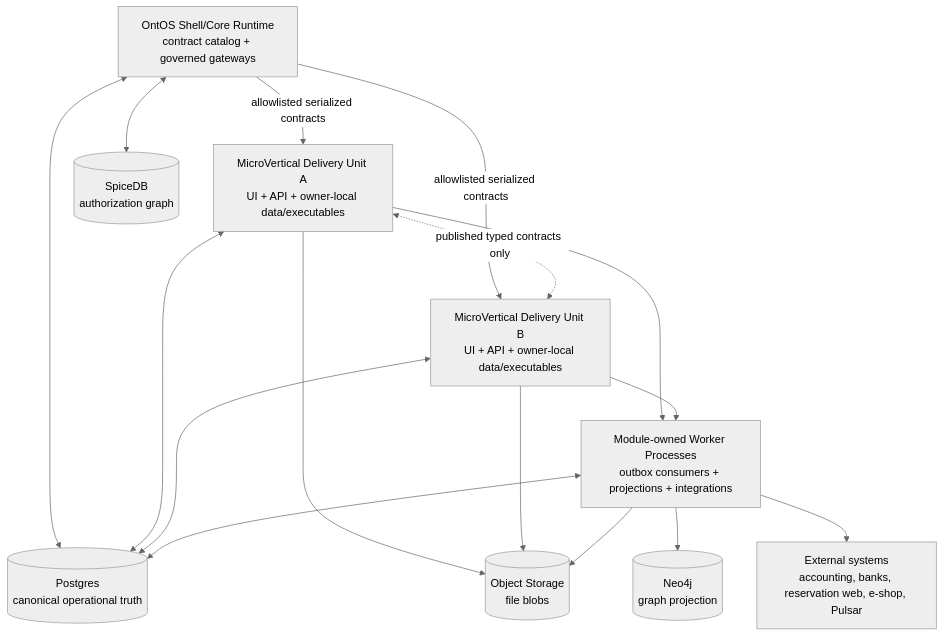
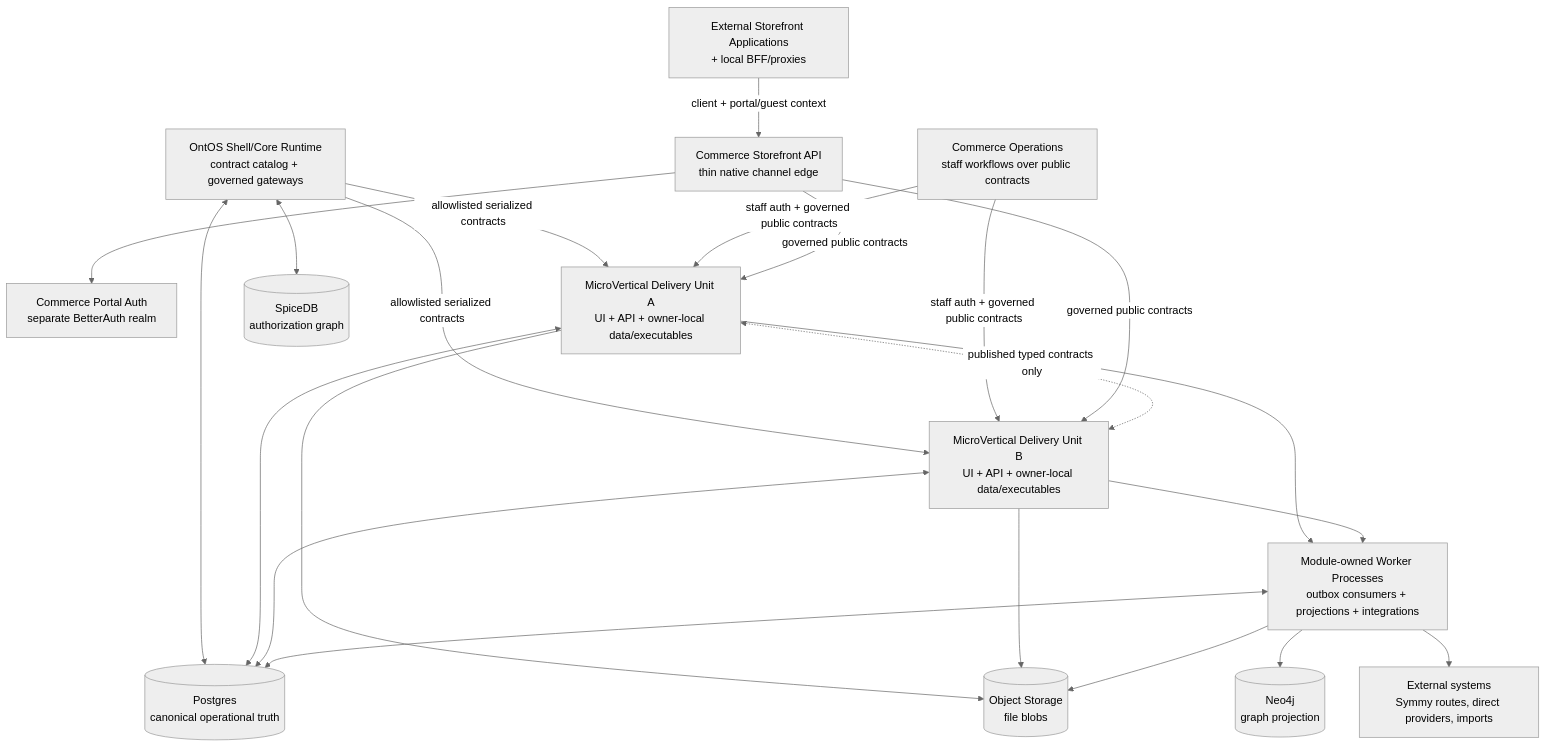
Before and after one commit to TechsioCZ/ontos: the diagram in docs/diagrams/c4-L2-containers.md, drawn with Mermaid (neutral theme). The commit also changed 19 other files, not shown here.

````diff
--- a/docs/diagrams/c4-L2-containers.md
+++ b/docs/diagrams/c4-L2-containers.md
@@ -3,28 +3,38 @@
 ```mermaid
 flowchart TB
   shell[OntOS Shell/Core Runtime\ncontract catalog + governed gateways]
+  operations[Commerce Operations\nstaff workflows over public contracts]
+  commerceapi[Commerce Storefront API\nthin native channel edge]
+  portalauth[Commerce Portal Auth\nseparate BetterAuth realm]
+  storefronts[External Storefront Applications\n+ local BFF/proxies]
   mv1[MicroVertical Delivery Unit A\nUI + API + owner-local data/executables]
   mv2[MicroVertical Delivery Unit B\nUI + API + owner-local data/executables]
   workers[Module-owned Worker Processes\noutbox consumers + projections + integrations]
   pg[(Postgres\ncanonical operational truth)]
   neo[(Neo4j\ngraph projection)]
   sp[(SpiceDB\nauthorization graph)]
   obj[(Object Storage\nfile blobs)]
-  ext[External systems\naccounting, banks, reservation web, e-shop, Pulsar]
+  ext[External systems\nSymmy routes, direct providers, imports]
 
   shell -->|allowlisted serialized contracts| mv1
   shell -->|allowlisted serialized contracts| mv2
+  operations -->|staff auth + governed public contracts| mv1
+  operations -->|staff auth + governed public contracts| mv2
+  storefronts -->|client + portal/guest context| commerceapi
+  commerceapi --> portalauth
+  commerceapi -->|governed public contracts| mv1
+  commerceapi -->|governed public contracts| mv2
   mv1 <-.->|published typed contracts only| mv2
   shell <--> pg
   shell <--> sp
   mv1 <--> pg
   mv2 <--> pg
   mv1 --> obj
   mv2 --> obj
   mv1 --> workers
   mv2 --> workers
   workers <--> pg
   workers --> neo
   workers --> ext
   workers --> obj
 ```
````
